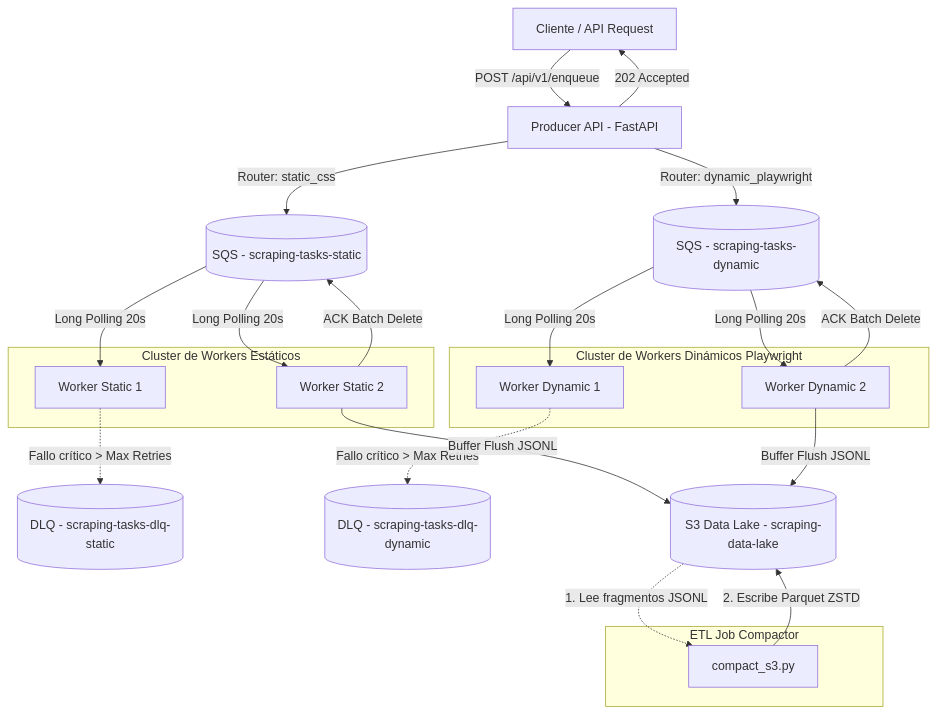
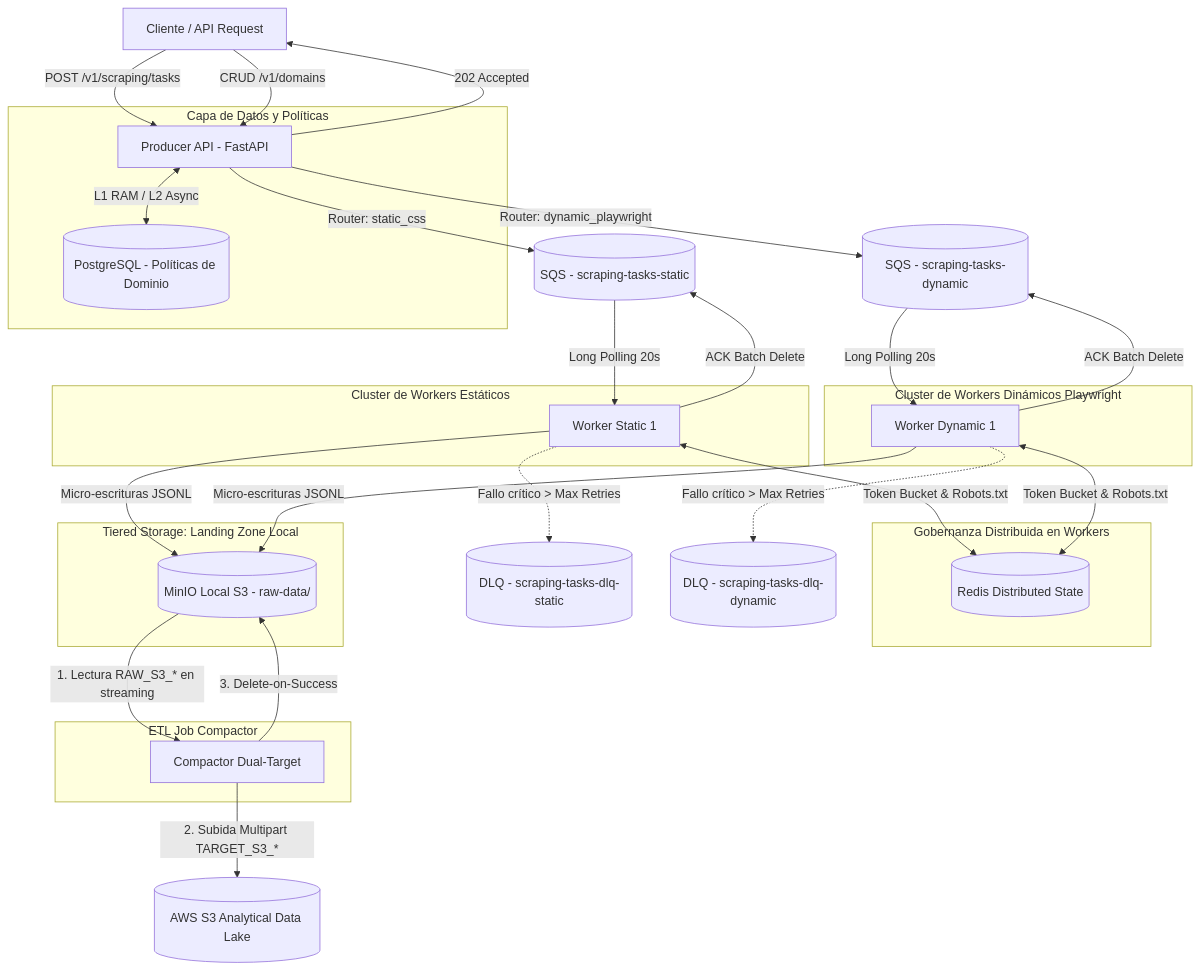
The diagram in README.md (ArturoCarrilloJimenez/WebScrapingDistributed), drawn with Mermaid before and after one commit. The commit also changed other lines of this file and 4 other files, not shown here.

````diff
--- a/README.md
+++ b/README.md
@@ -36,40 +38,48 @@
 ```mermaid
 graph TD
-    Client[Cliente / API Request] -->|POST /api/v1/enqueue| Producer[Producer API - FastAPI]
+    Client[Cliente / API Request] -->|POST /v1/scraping/tasks| Producer[Producer API - FastAPI]
+    Client -->|CRUD /v1/domains| Producer
     Producer -->|202 Accepted| Client
     
+    subgraph Capa de Datos y Políticas
+        Producer <-->|L1 RAM / L2 Async| Postgres[(PostgreSQL - Políticas de Dominio)]
+    end
+
     Producer -->|Router: static_css| SQSStatic[(SQS - scraping-tasks-static)]
     Producer -->|Router: dynamic_playwright| SQSDynamic[(SQS - scraping-tasks-dynamic)]
     
     subgraph Cluster de Workers Estáticos
         WorkerS1[Worker Static 1]
-        WorkerS2[Worker Static 2]
     end
 
     subgraph Cluster de Workers Dinámicos Playwright
         WorkerD1[Worker Dynamic 1]
-        WorkerD2[Worker Dynamic 2]
     end
 
     SQSStatic -->|Long Polling 20s| WorkerS1
-    SQSStatic -->|Long Polling 20s| WorkerS2
-    
     SQSDynamic -->|Long Polling 20s| WorkerD1
-    SQSDynamic -->|Long Polling 20s| WorkerD2
+
+    subgraph Gobernanza Distribuida en Workers
+        WorkerS1 <-->|Token Bucket & Robots.txt| Redis[(Redis Distributed State)]
+        WorkerD1 <-->|Token Bucket & Robots.txt| Redis
+    end
 
     WorkerS1 -.->|Fallo crítico > Max Retries| DLQStatic[(DLQ - scraping-tasks-dlq-static)]
     WorkerD1 -.->|Fallo crítico > Max Retries| DLQDynamic[(DLQ - scraping-tasks-dlq-dynamic)]
     
-    WorkerS2 -->|Buffer Flush JSONL| S3Bucket[(S3 Data Lake - scraping-data-lake)]
-    WorkerD2 -->|Buffer Flush JSONL| S3Bucket
-    
-    WorkerS2 -->|ACK Batch Delete| SQSStatic
-    WorkerD2 -->|ACK Batch Delete| SQSDynamic
+    subgraph Tiered Storage: Landing Zone Local
+        WorkerS1 -->|Micro-escrituras JSONL| MinIO[(MinIO Local S3 - raw-data/)]
+        WorkerD1 -->|Micro-escrituras JSONL| MinIO
+    end
+
+    WorkerS1 -->|ACK Batch Delete| SQSStatic
+    WorkerD1 -->|ACK Batch Delete| SQSDynamic
 
     subgraph ETL Job Compactor
-        CompactorJob[compact_s3.py]
+        CompactorJob[Compactor Dual-Target]
     end
 
-    S3Bucket -.->|1. Lee fragmentos JSONL| CompactorJob
-    CompactorJob -->|2. Escribe Parquet ZSTD| S3Bucket
+    MinIO -->|1. Lectura RAW_S3_* en streaming| CompactorJob
+    CompactorJob -->|2. Subida Multipart TARGET_S3_*| S3Lake[(AWS S3 Analytical Data Lake)]
+    CompactorJob -->|3. Delete-on-Success| MinIO
 ```
````
